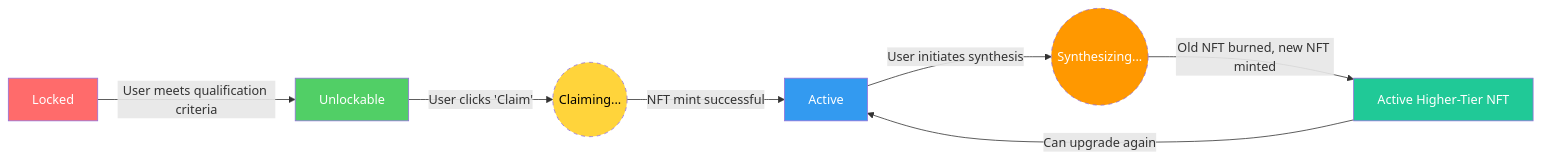
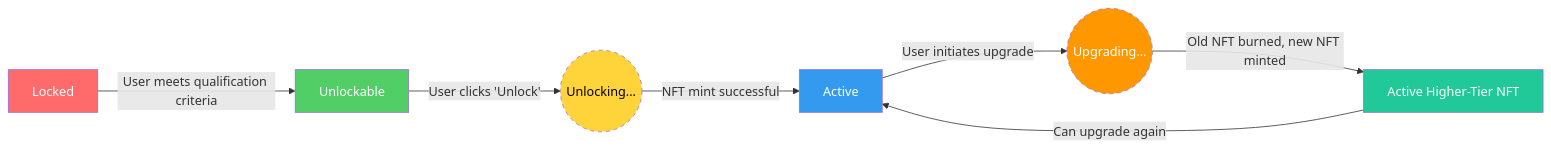
One commit to ljg-cqu/aiw3-nft-solana changed the diagram in docs/business/AIW3-NFT-Business-Rules-and-Flows.md. Above: the diagram before and after it, drawn with Mermaid. The commit also changed other lines of this file, not shown here.

Commit message:
docs: clarify NFT claiming vs upgrade flows and standardize terminology

````diff
--- a/docs/business/AIW3-NFT-Business-Rules-and-Flows.md
+++ b/docs/business/AIW3-NFT-Business-Rules-and-Flows.md
@@ -47,16 +63,16 @@
 ```mermaid
 flowchart LR
     A[Locked] -->|User meets qualification criteria| B[Unlockable]
-    B -->|User clicks 'Claim'| C((Claiming...))
+    B -->|User clicks 'Unlock'| C((Unlocking...))
     C -->|NFT mint successful| D[Active]
-    D -->|User initiates synthesis| E((Synthesizing...))
+    D -->|User initiates upgrade| E((Upgrading...))
     E -->|Old NFT burned, new NFT minted| F[Active Higher-Tier NFT]
     F -->|Can upgrade again| D
     
     style A fill:#ff6b6b,color:#fff
     style B fill:#51cf66,color:#fff
     style C fill:#ffd43b,color:#000,stroke-dasharray: 5 5
     style D fill:#339af0,color:#fff
     style E fill:#ff9800,color:#fff,stroke-dasharray: 5 5
     style F fill:#20c997,color:#fff
 ```
````
